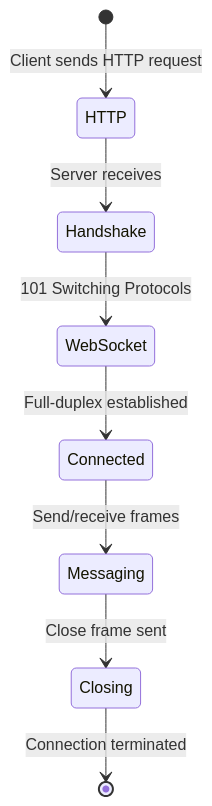
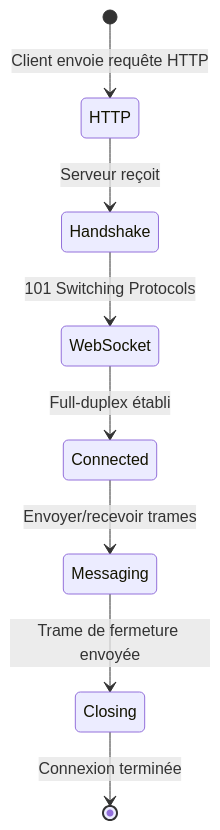
The second of 3 diagrams in src/real-time/08-websockets.md (dardourimohamed/distributed-systems-course), drawn with Mermaid before and after one commit. The commit also changed other lines of this file and 38 other files, not shown here.

````diff
--- a/src/real-time/08-websockets.md
+++ b/src/real-time/08-websockets.md
@@ -68,10 +68,10 @@
 ```mermaid
 stateDiagram-v2
-    [*] --> HTTP: Client sends HTTP request
-    HTTP --> Handshake: Server receives
+    [*] --> HTTP: Client envoie requête HTTP
+    HTTP --> Handshake: Serveur reçoit
     Handshake --> WebSocket: 101 Switching Protocols
-    WebSocket --> Connected: Full-duplex established
-    Connected --> Messaging: Send/receive frames
-    Messaging --> Closing: Close frame sent
-    Closing --> [*]: Connection terminated
+    WebSocket --> Connected: Full-duplex établi
+    Connected --> Messaging: Envoyer/recevoir trames
+    Messaging --> Closing: Trame de fermeture envoyée
+    Closing --> [*]: Connexion terminée
 ```
````
